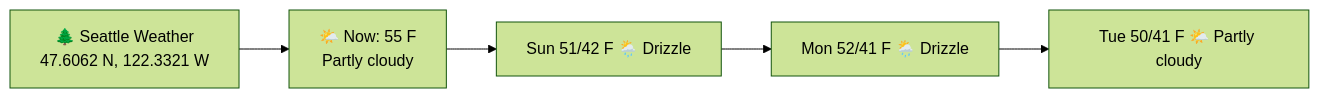
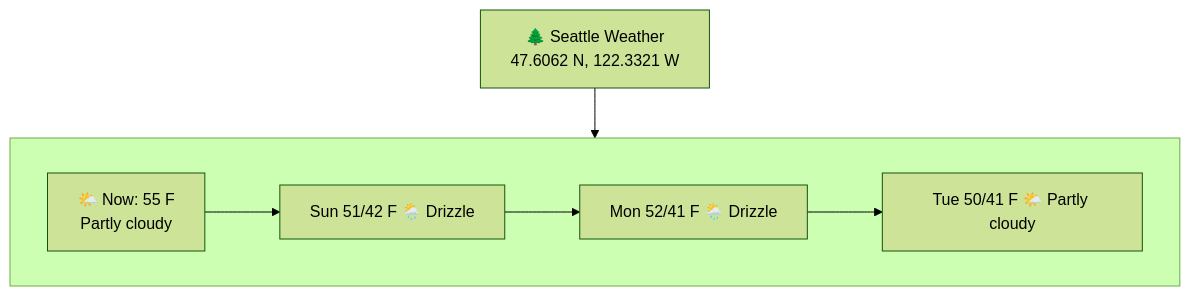
Before and after one commit to 23skdu/23skdu: the diagram in README.md, drawn with Mermaid (forest theme). The commit also changed 1 other file, not shown here.

Commit message:
Stack Seattle Weather label above forecast days

````diff
--- a/README.md
+++ b/README.md
@@ -2,9 +2,13 @@
 ```mermaid
-flowchart LR
+flowchart TD
     T["🌲 Seattle Weather\n47.6062 N, 122.3321 W"]
-    N["🌤️ Now: 55 F\nPartly cloudy"]
-    D1["Sun 51/42 F 🌦️ Drizzle"]
-    D2["Mon 52/41 F 🌦️ Drizzle"]
-    D3["Tue 50/41 F 🌤️ Partly cloudy"]
-    T --> N --> D1 --> D2 --> D3
+    subgraph row[" "]
+        direction LR
+        N["🌤️ Now: 55 F\nPartly cloudy"]
+        D1["Sun 51/42 F 🌦️ Drizzle"]
+        D2["Mon 52/41 F 🌦️ Drizzle"]
+        D3["Tue 50/41 F 🌤️ Partly cloudy"]
+        N --> D1 --> D2 --> D3
+    end
+    T --> N
 ```
````
